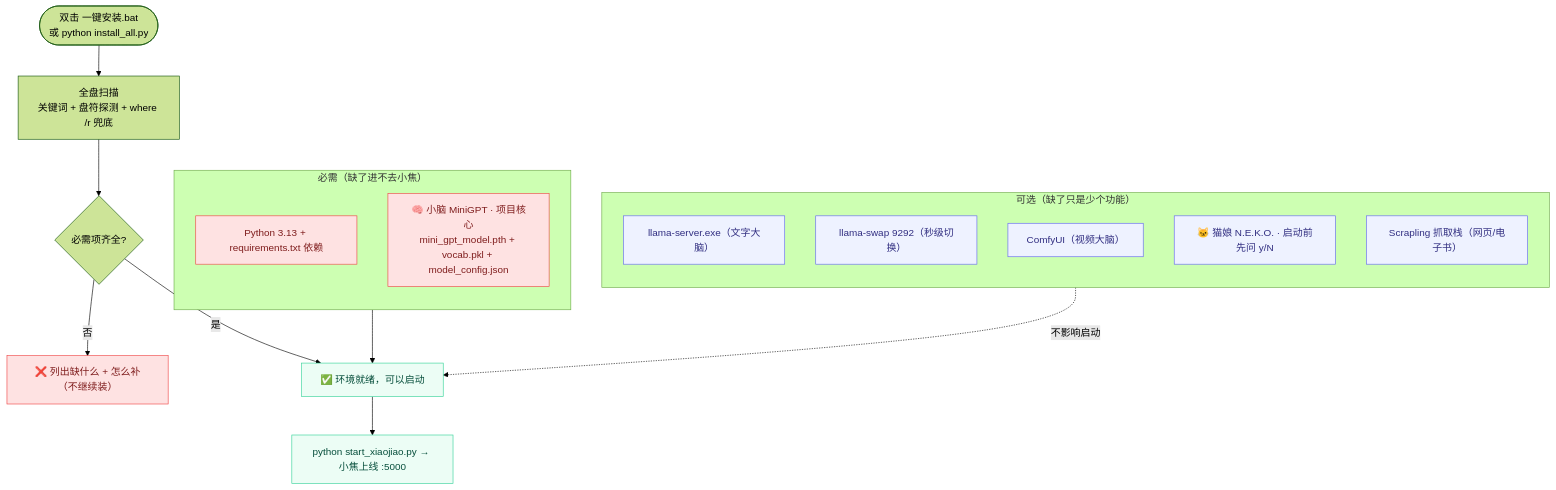
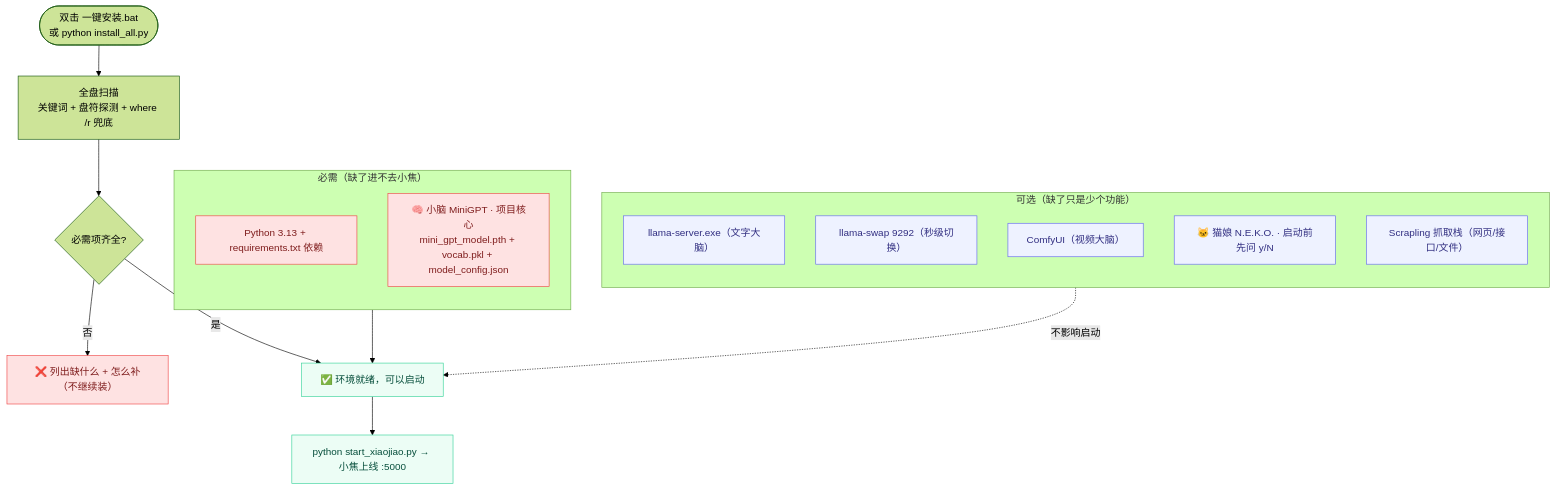
Before and after one commit to jiangchuangege/xiaojiao-harness: the ninth of 13 diagrams in README.md, drawn with Mermaid (forest theme). The commit also changed other lines of this file and 4 other files, not shown here.

````diff
--- a/README.md
+++ b/README.md
@@ -864,34 +864,34 @@
 ```mermaid
 flowchart TB
     START(["双击 一键安装.bat<br/>或 python install_all.py"]) --> SCAN["全盘扫描<br/>关键词 + 盘符探测 + where /r 兜底"]
 
     SCAN --> REQ{"必需项齐全?"}
     REQ -->|"否"| BLOCK["❌ 列出缺什么 + 怎么补（不继续装）"]
     REQ -->|"是"| OK["✅ 环境就绪，可以启动"]
 
     subgraph MUST["必需（缺了进不去小焦）"]
         direction TB
         M1["Python 3.13 + requirements.txt 依赖"]
         M2["🧠 小脑 MiniGPT · 项目核心<br/>mini_gpt_model.pth + vocab.pkl + model_config.json"]
     end
 
     subgraph OPT["可选（缺了只是少个功能）"]
         direction TB
         O1["llama-server.exe（文字大脑）"]
         O2["llama-swap 9292（秒级切换）"]
         O3["ComfyUI（视频大脑）"]
         O4["🐱 猫娘 N.E.K.O. · 启动前先问 y/N"]
-        O5["Scrapling 抓取栈（网页/电子书）"]
+        O5["Scrapling 抓取栈（网页/接口/文件）"]
     end
 
     MUST --> OK
     OPT -.->|"不影响启动"| OK
     OK --> RUN["python start_xiaojiao.py → 小焦上线 :5000"]
 
     classDef req fill:#fee2e2,stroke:#ef4444,color:#7f1d1d;
     classDef opt fill:#eef2ff,stroke:#6366f1,color:#312e81;
     classDef go fill:#ecfdf5,stroke:#34d399,color:#064e3b;
     class M1,M2,BLOCK req;
     class O1,O2,O3,O4,O5 opt;
     class OK,RUN go;
 ```
````
